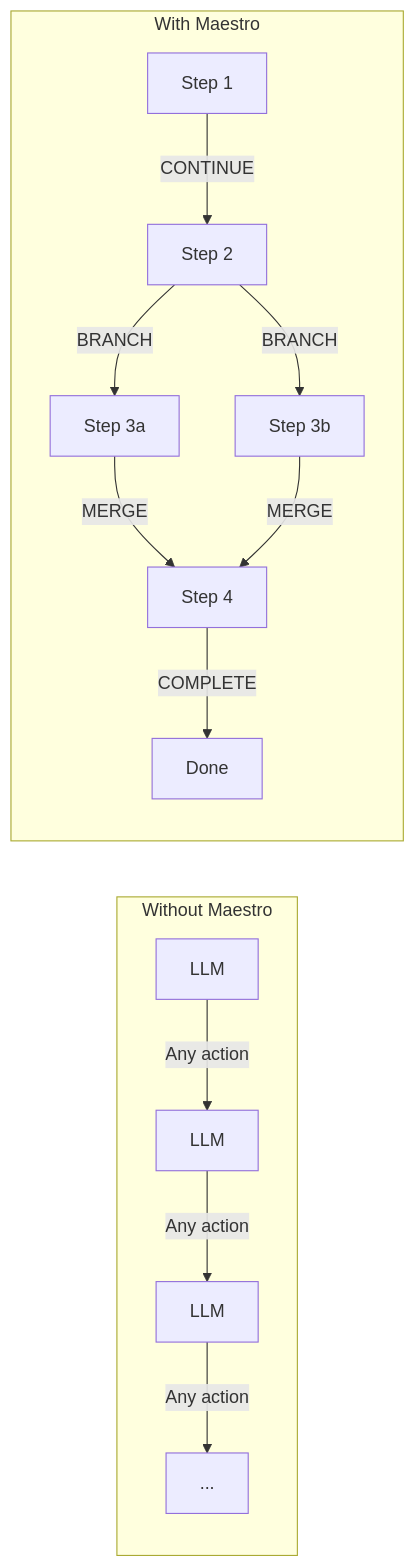
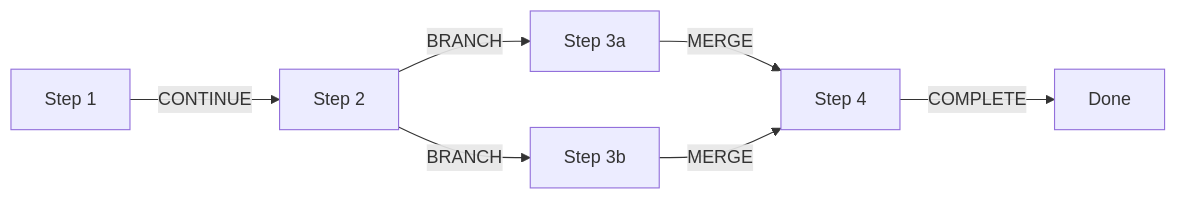
One commit to bordumb/dataing changed the second of 3 diagrams in docs/docs/concepts/agent-workflows.md. Above: the diagram before and after it, drawn with Mermaid. The commit also changed other lines of this file and 15 other files, not shown here.

````diff
--- a/docs/docs/concepts/agent-workflows.md
+++ b/docs/docs/concepts/agent-workflows.md
@@ -18,17 +38,9 @@
 ```mermaid
 flowchart LR
-    subgraph Unbounded["Without Maestro"]
-        A1[LLM] -->|Any action| A2[LLM]
-        A2 -->|Any action| A3[LLM]
-        A3 -->|Any action| A4[...]
-    end
-
-    subgraph Bounded["With Maestro"]
-        B1[Step 1] -->|CONTINUE| B2[Step 2]
-        B2 -->|BRANCH| B3[Step 3a]
-        B2 -->|BRANCH| B4[Step 3b]
-        B3 -->|MERGE| B5[Step 4]
-        B4 -->|MERGE| B5
-        B5 -->|COMPLETE| B6[Done]
-    end
+    B1[Step 1] -->|CONTINUE| B2[Step 2]
+    B2 -->|BRANCH| B3[Step 3a]
+    B2 -->|BRANCH| B4[Step 3b]
+    B3 -->|MERGE| B5[Step 4]
+    B4 -->|MERGE| B5
+    B5 -->|COMPLETE| B6[Done]
 ```
````
